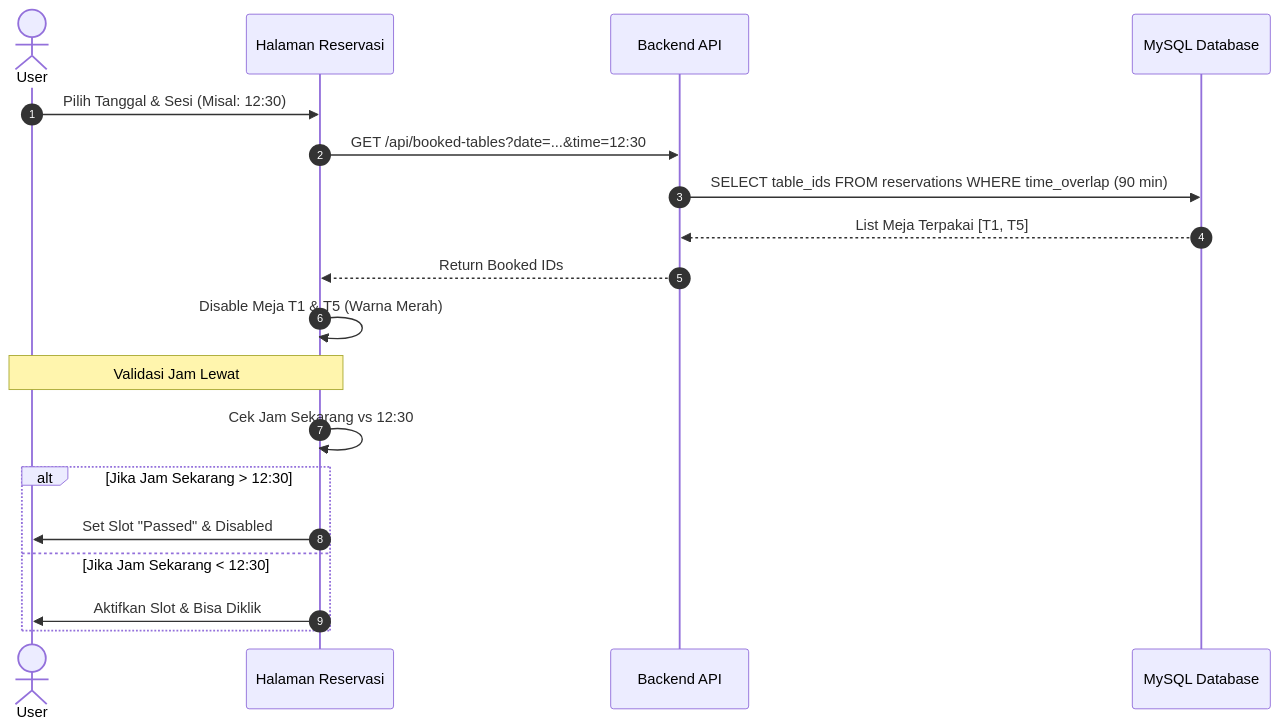
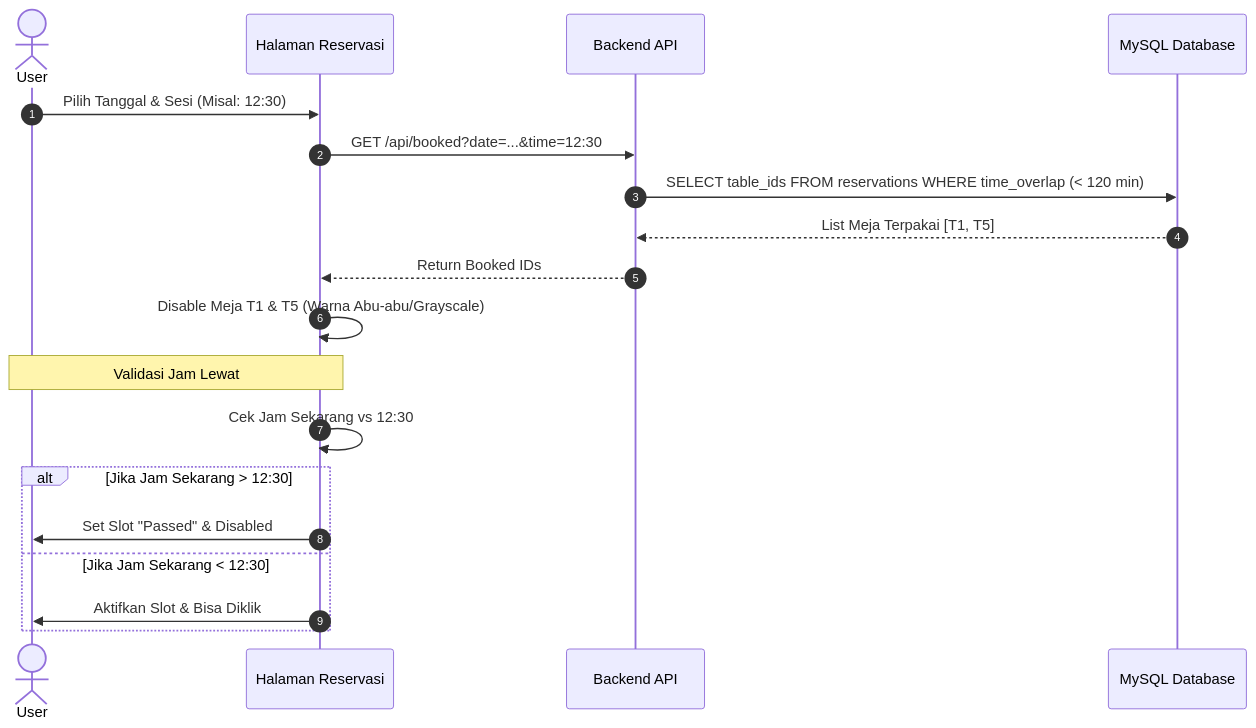
The third of 8 diagrams in DIAGRAM.md (AkbarHusaini/website-reservasi-online-Ineri-suki), drawn with Mermaid before and after one commit. The commit also changed other lines of this file and 7 other files, not shown here.

Commit message:
Update: slimmed admin UI scaling, added logo favicon, updated project name and architecture diagrams

````diff
--- a/DIAGRAM.md
+++ b/DIAGRAM.md
@@ -72,23 +72,23 @@
 ```mermaid
 sequenceDiagram
     autonumber
     actor User
     participant FE as Halaman Reservasi
     participant BE as Backend API
     participant DB as MySQL Database
 
     User->>FE: Pilih Tanggal & Sesi (Misal: 12:30)
-    FE->>BE: GET /api/booked-tables?date=...&time=12:30
-    BE->>DB: SELECT table_ids FROM reservations WHERE time_overlap (90 min)
+    FE->>BE: GET /api/booked?date=...&time=12:30
+    BE->>DB: SELECT table_ids FROM reservations WHERE time_overlap (< 120 min)
     DB-->>BE: List Meja Terpakai [T1, T5]
     BE-->>FE: Return Booked IDs
-    FE->>FE: Disable Meja T1 & T5 (Warna Merah)
+    FE->>FE: Disable Meja T1 & T5 (Warna Abu-abu/Grayscale)
     
     Note over User, FE: Validasi Jam Lewat
     FE->>FE: Cek Jam Sekarang vs 12:30
     alt Jika Jam Sekarang > 12:30
         FE->>User: Set Slot "Passed" & Disabled
     else Jika Jam Sekarang < 12:30
         FE->>User: Aktifkan Slot & Bisa Diklik
     end
 ```
````
